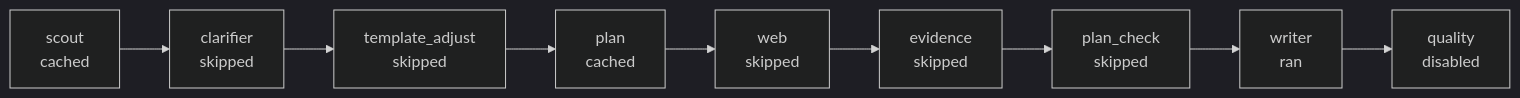
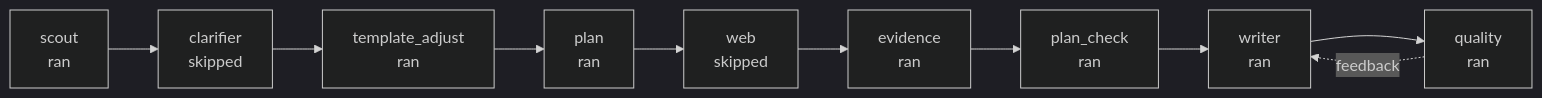
Before and after one commit to Infant83/FEATHER: the diagram in site/runs/openclaw/report_notes/report_workflow.md, drawn with Mermaid (dark theme). The commit also changed other lines of this file and 73 other files, not shown here.

````diff
--- a/site/runs/openclaw/report_notes/report_workflow.md
+++ b/site/runs/openclaw/report_notes/report_workflow.md
@@ -47,20 +51,21 @@
 ```mermaid
 flowchart LR
-    scout["scout\ncached"]
+    scout["scout\nran"]
     clarifier["clarifier\nskipped"]
-    template_adjust["template_adjust\nskipped"]
-    plan["plan\ncached"]
+    template_adjust["template_adjust\nran"]
+    plan["plan\nran"]
     web["web\nskipped"]
-    evidence["evidence\nskipped"]
-    plan_check["plan_check\nskipped"]
+    evidence["evidence\nran"]
+    plan_check["plan_check\nran"]
     writer["writer\nran"]
-    quality["quality\ndisabled"]
+    quality["quality\nran"]
     scout --> clarifier
     clarifier --> template_adjust
     template_adjust --> plan
     plan --> web
     web --> evidence
     evidence --> plan_check
     plan_check --> writer
     writer --> quality
+    quality -. feedback .-> writer
 ```
````
